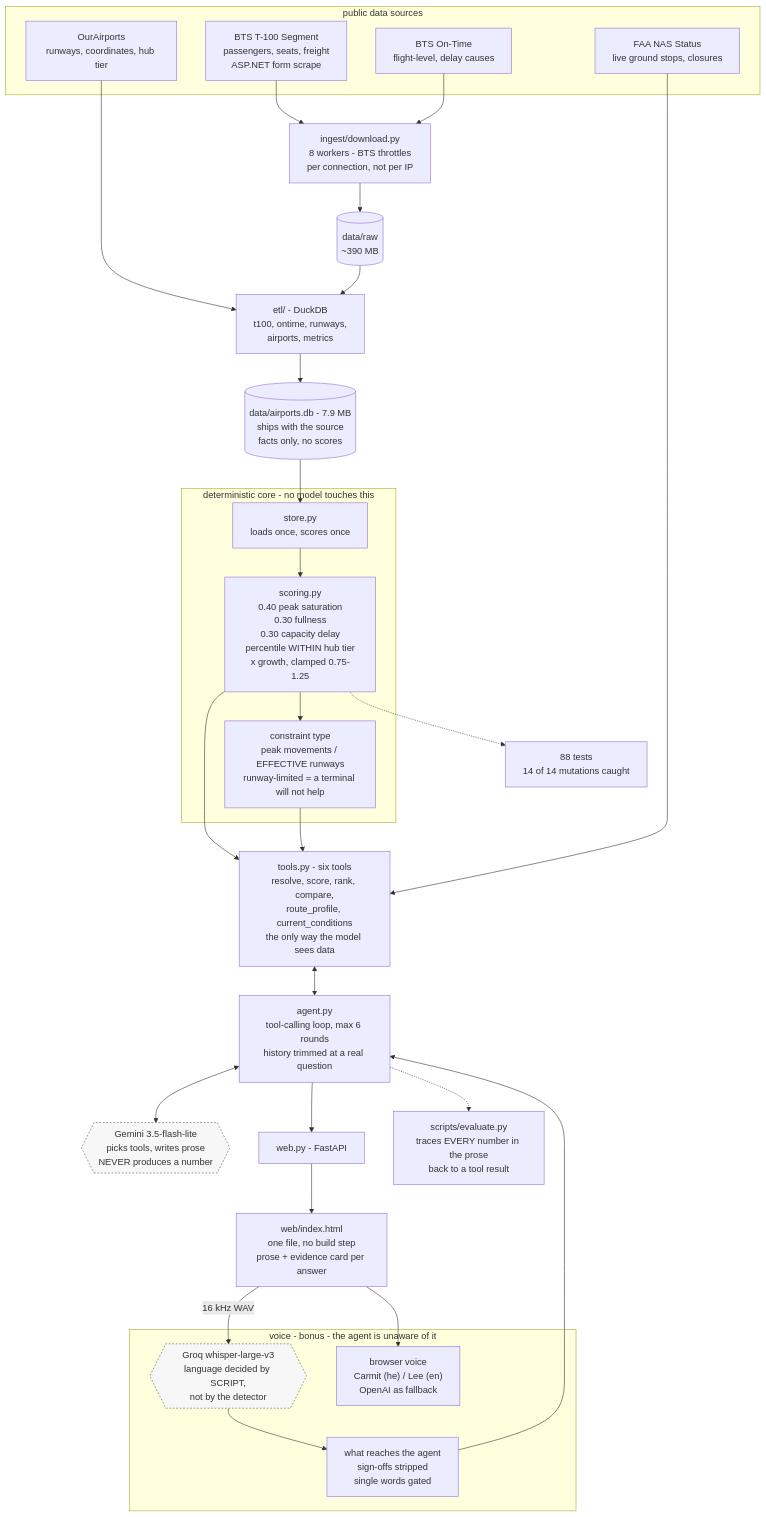
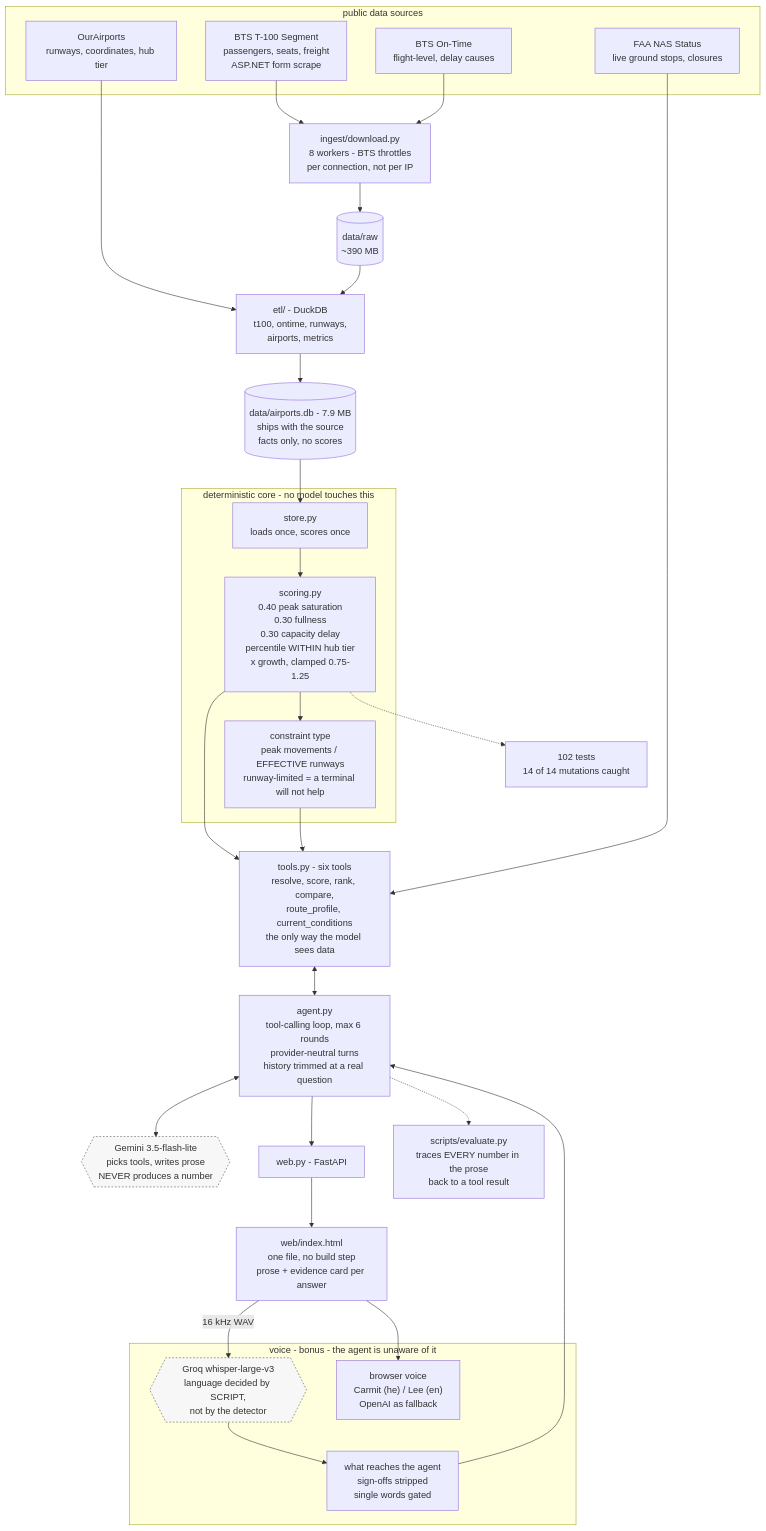
One commit to DoriAlagem/airport-investment-agent changed the diagram in docs/architecture.md. Above: the diagram before and after it, drawn with Mermaid. The commit also changed 14 other files, not shown here.

First line of the commit message:
Refactor the agent loop around provider-neutral turns and a tool registry

````diff
--- a/docs/architecture.md
+++ b/docs/architecture.md
@@ -3,68 +3,68 @@
 ```mermaid
 flowchart TB
 
   subgraph SRC[" public data sources "]
     T100["BTS T-100 Segment<br/>passengers, seats, freight<br/>ASP.NET form scrape"]
     ONTIME["BTS On-Time<br/>flight-level, delay causes"]
     OURAIR["OurAirports<br/>runways, coordinates, hub tier"]
     FAA["FAA NAS Status<br/>live ground stops, closures"]
   end
 
   DL["ingest/download.py<br/>8 workers - BTS throttles<br/>per connection, not per IP"]
   RAW[("data/raw<br/>~390 MB")]
   ETL["etl/ - DuckDB<br/>t100, ontime, runways,<br/>airports, metrics"]
   DB[("data/airports.db - 7.9 MB<br/>ships with the source<br/>facts only, no scores")]
 
   T100 --> DL
   ONTIME --> DL
   OURAIR --> ETL
   DL --> RAW
   RAW --> ETL
   ETL --> DB
 
   subgraph CORE[" deterministic core - no model touches this "]
     STORE["store.py<br/>loads once, scores once"]
     SCORE["scoring.py<br/>0.40 peak saturation<br/>0.30 fullness<br/>0.30 capacity delay<br/>percentile WITHIN hub tier<br/>x growth, clamped 0.75-1.25"]
     CONSTRAINT["constraint type<br/>peak movements / EFFECTIVE runways<br/>runway-limited = a terminal will not help"]
   end
 
   DB --> STORE
   STORE --> SCORE
   SCORE --> CONSTRAINT
 
   TOOLS["tools.py - six tools<br/>resolve, score, rank, compare,<br/>route_profile, current_conditions<br/>the only way the model sees data"]
-  AGENT["agent.py<br/>tool-calling loop, max 6 rounds<br/>history trimmed at a real question"]
+  AGENT["agent.py<br/>tool-calling loop, max 6 rounds<br/>provider-neutral turns<br/>history trimmed at a real question"]
   GEMINI{{"Gemini 3.5-flash-lite<br/>picks tools, writes prose<br/>NEVER produces a number"}}
 
   SCORE --> TOOLS
   CONSTRAINT --> TOOLS
   FAA --> TOOLS
   TOOLS <--> AGENT
   AGENT <--> GEMINI
 
   WEB["web.py - FastAPI"]
   UI["web/index.html<br/>one file, no build step<br/>prose + evidence card per answer"]
 
   AGENT --> WEB
   WEB --> UI
 
   subgraph VOICE[" voice - bonus - the agent is unaware of it "]
     WHISPER{{"Groq whisper-large-v3<br/>language decided by SCRIPT,<br/>not by the detector"}}
     GATE["what reaches the agent<br/>sign-offs stripped<br/>single words gated"]
     SPEAK["browser voice<br/>Carmit (he) / Lee (en)<br/>OpenAI as fallback"]
   end
 
   UI -- "16 kHz WAV" --> WHISPER
   WHISPER --> GATE
   GATE --> AGENT
   UI --> SPEAK
 
   EVAL["scripts/evaluate.py<br/>traces EVERY number in the prose<br/>back to a tool result"]
-  TESTS["88 tests<br/>14 of 14 mutations caught"]
+  TESTS["102 tests<br/>14 of 14 mutations caught"]
 
   AGENT -.-> EVAL
   SCORE -.-> TESTS
 
   classDef model fill:#f7f7f7,stroke:#555,stroke-dasharray:3 3
   class GEMINI,WHISPER model
 ```
````
